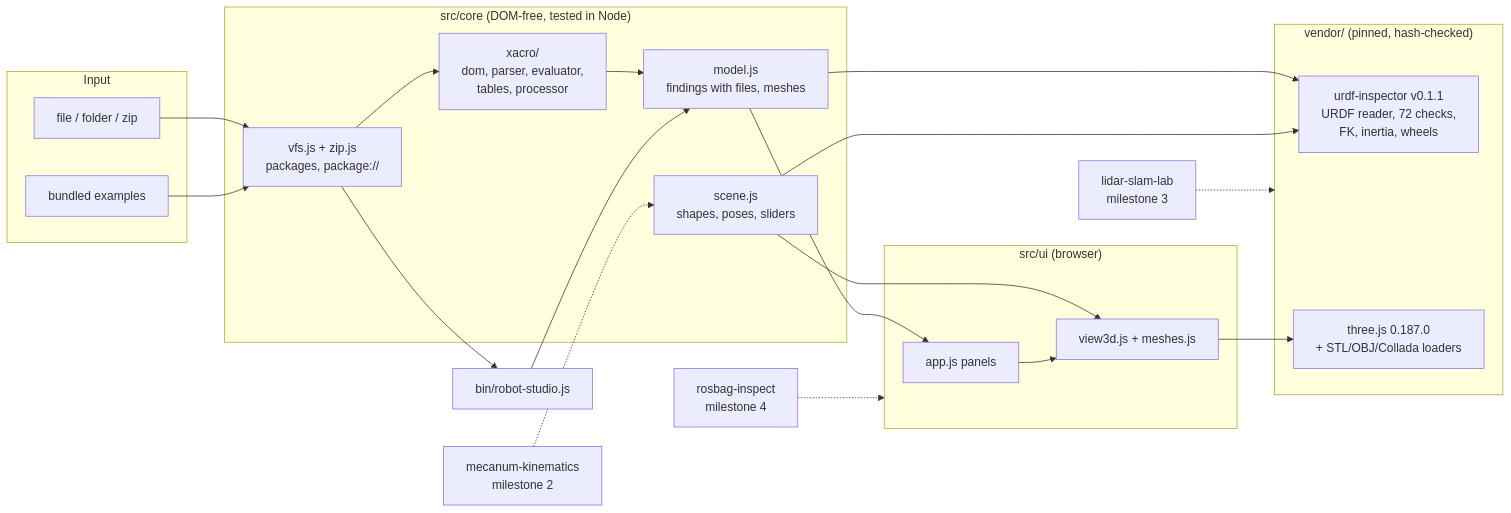
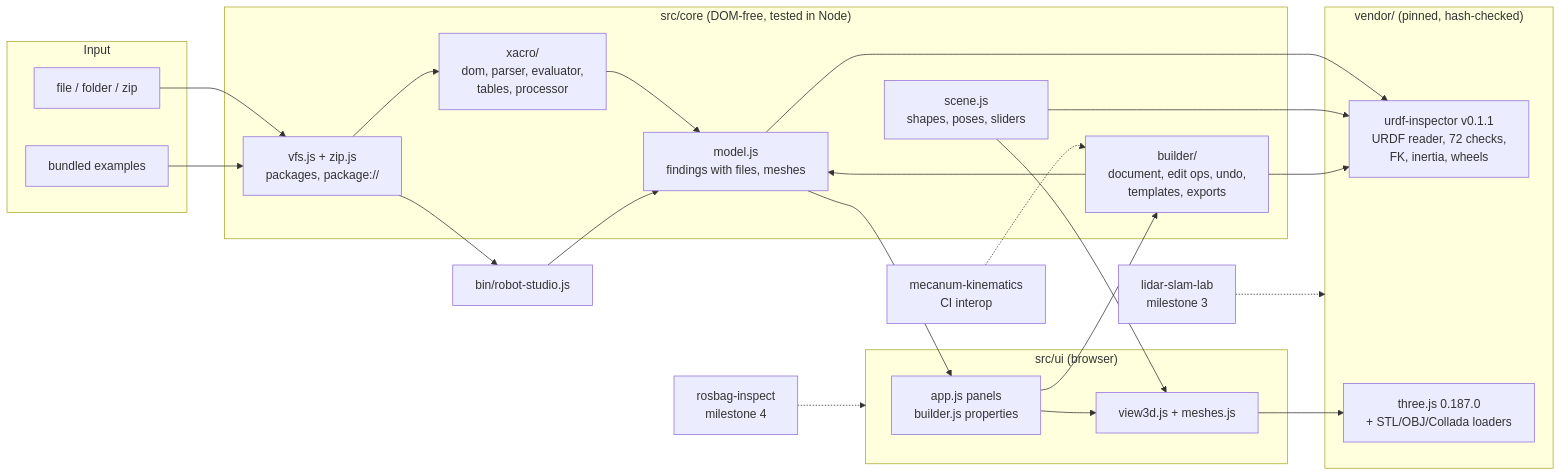
The diagram in README.md (projectbin07-stack/robot-studio), drawn with Mermaid before and after one commit. The commit also changed other lines of this file and 12 other files, not shown here.

Commit message:
Document the builder: README builder section and validation tiers, builder guide, roadmap (milestone 2 done, milestone 3 refined), handoff, decisions, changelog and new screenshots from the live site

````diff
--- a/README.md
+++ b/README.md
@@ -127,34 +193,38 @@
 ```mermaid
 flowchart LR
   subgraph input[Input]
     F[file / folder / zip]
     E[bundled examples]
   end
   subgraph core["src/core (DOM-free, tested in Node)"]
     V[vfs.js + zip.js<br/>packages, package://]
     X[xacro/<br/>dom, parser, evaluator,<br/>tables, processor]
     M[model.js<br/>findings with files, meshes]
     S[scene.js<br/>shapes, poses, sliders]
+    B[builder/<br/>document, edit ops, undo,<br/>templates, exports]
   end
   subgraph vendor["vendor/ (pinned, hash-checked)"]
     UI[urdf-inspector v0.1.1<br/>URDF reader, 72 checks,<br/>FK, inertia, wheels]
     T[three.js 0.187.0<br/>+ STL/OBJ/Collada loaders]
   end
   subgraph ui["src/ui (browser)"]
-    A[app.js panels]
+    A[app.js panels<br/>builder.js properties]
     R[view3d.js + meshes.js]
   end
   CLI[bin/robot-studio.js]
   F --> V
   E --> V
   V --> X --> M
   M --> UI
   S --> UI
   M --> A
   S --> R --> T
   A --> R
   V --> CLI --> M
+  B --> M
+  B --> UI
+  A --> B
   LS[lidar-slam-lab<br/>milestone 3] -.-> vendor
-  MK[mecanum-kinematics<br/>milestone 2] -.-> S
+  MK[mecanum-kinematics<br/>CI interop] -.-> B
   RB[rosbag-inspect<br/>milestone 4] -.-> ui
 ```
````
